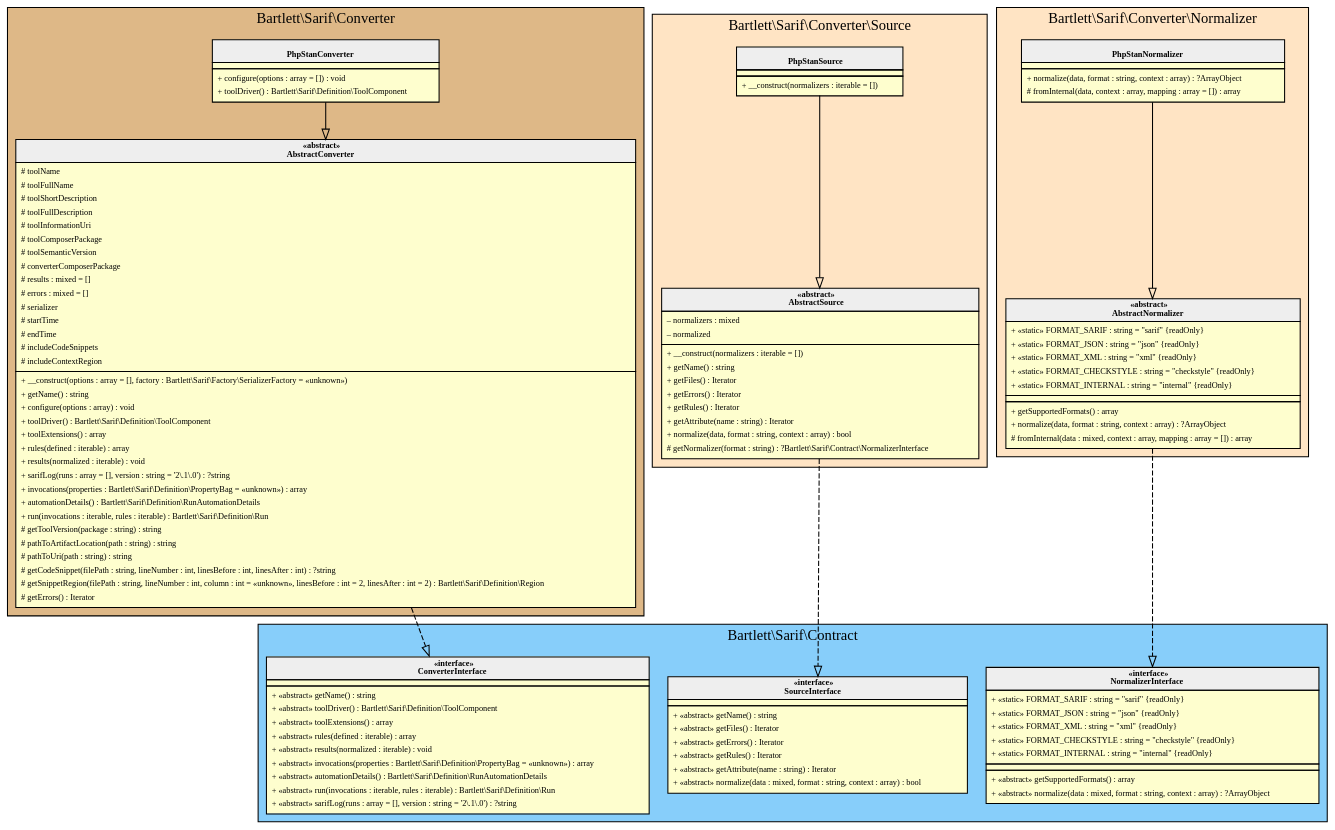
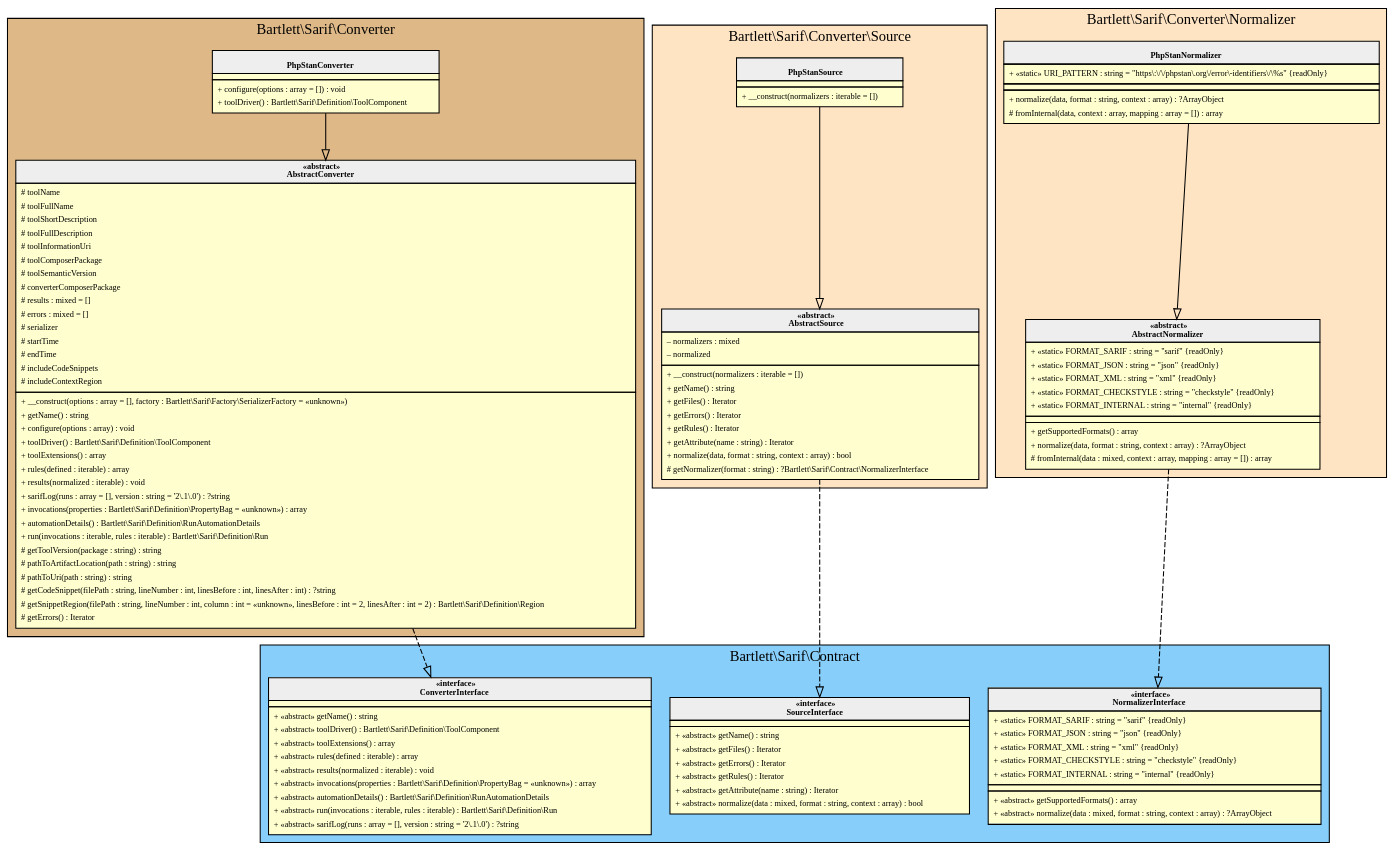
The diagram in 1.0/assets/images/converter-phpstan.html.gv (llaville/sarif-php-converters), drawn with Graphviz before and after one commit. The commit also changed 7 other files, not shown here.

```diff
--- a/1.0/assets/images/converter-phpstan.html.gv
+++ b/1.0/assets/images/converter-phpstan.html.gv
@@ -1,173 +1,176 @@
 digraph {
   graph [name="G" overlap="false" rankdir="TB" bgcolor="transparent"]
   node [fontname="Verdana" fontsize=8 shape="none" margin=0 fillcolor="#FEFECE" style="filled"]
   edge [fontname="Verdana" fontsize=8]
   subgraph cluster_0 {
     graph [bgcolor="BurlyWood"]
     label = "Bartlett\\Sarif\\Converter"
     "Bartlett\\Sarif\\Converter\\PhpStanConverter" [shape="none" label=<
 <table cellspacing="0" border="0" cellborder="1">
     <tr><td bgcolor="#eeeeee"><b><br/>PhpStanConverter</b></td></tr>
     <tr><td></td></tr>
     <tr><td><table border="0" cellspacing="0" cellpadding="2">
     <tr><td align="left">+ configure(options : array = []) : void</td></tr>
     <tr><td align="left">+ toolDriver() : Bartlett\\Sarif\\Definition\\ToolComponent</td></tr>
 </table></td></tr>
 </table>>]
     "Bartlett\\Sarif\\Converter\\AbstractConverter" [shape="none" label=<
 <table cellspacing="0" border="0" cellborder="1">
     <tr><td bgcolor="#eeeeee"><b>«abstract»<br/>AbstractConverter</b></td></tr>
     <tr><td><table border="0" cellspacing="0" cellpadding="2">
     <tr><td align="left"># toolName</td></tr>
     <tr><td align="left"># toolFullName</td></tr>
     <tr><td align="left"># toolShortDescription</td></tr>
     <tr><td align="left"># toolFullDescription</td></tr>
     <tr><td align="left"># toolInformationUri</td></tr>
     <tr><td align="left"># toolComposerPackage</td></tr>
     <tr><td align="left"># toolSemanticVersion</td></tr>
     <tr><td align="left"># converterComposerPackage</td></tr>
     <tr><td align="left"># results : mixed = []</td></tr>
     <tr><td align="left"># errors : mixed = []</td></tr>
     <tr><td align="left"># serializer</td></tr>
     <tr><td align="left"># startTime</td></tr>
     <tr><td align="left"># endTime</td></tr>
     <tr><td align="left"># includeCodeSnippets</td></tr>
     <tr><td align="left"># includeContextRegion</td></tr>
 </table></td></tr>
     <tr><td><table border="0" cellspacing="0" cellpadding="2">
     <tr><td align="left">+ __construct(options : array = [], factory : Bartlett\\Sarif\\Factory\\SerializerFactory = «unknown»)</td></tr>
     <tr><td align="left">+ getName() : string</td></tr>
     <tr><td align="left">+ configure(options : array) : void</td></tr>
     <tr><td align="left">+ toolDriver() : Bartlett\\Sarif\\Definition\\ToolComponent</td></tr>
     <tr><td align="left">+ toolExtensions() : array</td></tr>
     <tr><td align="left">+ rules(defined : iterable) : array</td></tr>
     <tr><td align="left">+ results(normalized : iterable) : void</td></tr>
     <tr><td align="left">+ sarifLog(runs : array = [], version : string = '2\.1\.0') : ?string</td></tr>
     <tr><td align="left">+ invocations(properties : Bartlett\\Sarif\\Definition\\PropertyBag = «unknown») : array</td></tr>
     <tr><td align="left">+ automationDetails() : Bartlett\\Sarif\\Definition\\RunAutomationDetails</td></tr>
     <tr><td align="left">+ run(invocations : iterable, rules : iterable) : Bartlett\\Sarif\\Definition\\Run</td></tr>
     <tr><td align="left"># getToolVersion(package : string) : string</td></tr>
     <tr><td align="left"># pathToArtifactLocation(path : string) : string</td></tr>
     <tr><td align="left"># pathToUri(path : string) : string</td></tr>
     <tr><td align="left"># getCodeSnippet(filePath : string, lineNumber : int, linesBefore : int, linesAfter : int) : ?string</td></tr>
     <tr><td align="left"># getSnippetRegion(filePath : string, lineNumber : int, column : int = «unknown», linesBefore : int = 2, linesAfter : int = 2) : Bartlett\\Sarif\\Definition\\Region</td></tr>
     <tr><td align="left"># getErrors() : Iterator</td></tr>
 </table></td></tr>
 </table>>]
   }
   subgraph cluster_1 {
     graph [bgcolor="LightSkyBlue"]
     label = "Bartlett\\Sarif\\Contract"
     "Bartlett\\Sarif\\Contract\\ConverterInterface" [shape="none" label=<
 <table cellspacing="0" border="0" cellborder="1">
     <tr><td bgcolor="#eeeeee"><b>«interface»<br/>ConverterInterface</b></td></tr>
     <tr><td></td></tr>
     <tr><td><table border="0" cellspacing="0" cellpadding="2">
     <tr><td align="left">+ «abstract» getName() : string</td></tr>
     <tr><td align="left">+ «abstract» toolDriver() : Bartlett\\Sarif\\Definition\\ToolComponent</td></tr>
     <tr><td align="left">+ «abstract» toolExtensions() : array</td></tr>
     <tr><td align="left">+ «abstract» rules(defined : iterable) : array</td></tr>
     <tr><td align="left">+ «abstract» results(normalized : iterable) : void</td></tr>
     <tr><td align="left">+ «abstract» invocations(properties : Bartlett\\Sarif\\Definition\\PropertyBag = «unknown») : array</td></tr>
     <tr><td align="left">+ «abstract» automationDetails() : Bartlett\\Sarif\\Definition\\RunAutomationDetails</td></tr>
     <tr><td align="left">+ «abstract» run(invocations : iterable, rules : iterable) : Bartlett\\Sarif\\Definition\\Run</td></tr>
     <tr><td align="left">+ «abstract» sarifLog(runs : array = [], version : string = '2\.1\.0') : ?string</td></tr>
 </table></td></tr>
 </table>>]
     "Bartlett\\Sarif\\Contract\\SourceInterface" [shape="none" label=<
 <table cellspacing="0" border="0" cellborder="1">
     <tr><td bgcolor="#eeeeee"><b>«interface»<br/>SourceInterface</b></td></tr>
     <tr><td></td></tr>
     <tr><td><table border="0" cellspacing="0" cellpadding="2">
     <tr><td align="left">+ «abstract» getName() : string</td></tr>
     <tr><td align="left">+ «abstract» getFiles() : Iterator</td></tr>
     <tr><td align="left">+ «abstract» getErrors() : Iterator</td></tr>
     <tr><td align="left">+ «abstract» getRules() : Iterator</td></tr>
     <tr><td align="left">+ «abstract» getAttribute(name : string) : Iterator</td></tr>
     <tr><td align="left">+ «abstract» normalize(data : mixed, format : string, context : array) : bool</td></tr>
 </table></td></tr>
 </table>>]
     "Bartlett\\Sarif\\Contract\\NormalizerInterface" [shape="none" label=<
 <table cellspacing="0" border="0" cellborder="1">
     <tr><td bgcolor="#eeeeee"><b>«interface»<br/>NormalizerInterface</b></td></tr>
     <tr><td><table border="0" cellspacing="0" cellpadding="2">
     <tr><td align="left">+ «static» FORMAT_SARIF : string = "sarif" {readOnly}</td></tr>
     <tr><td align="left">+ «static» FORMAT_JSON : string = "json" {readOnly}</td></tr>
     <tr><td align="left">+ «static» FORMAT_XML : string = "xml" {readOnly}</td></tr>
     <tr><td align="left">+ «static» FORMAT_CHECKSTYLE : string = "checkstyle" {readOnly}</td></tr>
     <tr><td align="left">+ «static» FORMAT_INTERNAL : string = "internal" {readOnly}</td></tr>
 </table></td></tr>
     <tr><td></td></tr>
     <tr><td><table border="0" cellspacing="0" cellpadding="2">
     <tr><td align="left">+ «abstract» getSupportedFormats() : array</td></tr>
     <tr><td align="left">+ «abstract» normalize(data : mixed, format : string, context : array) : ?ArrayObject</td></tr>
 </table></td></tr>
 </table>>]
   }
   subgraph cluster_2 {
     graph [bgcolor="Bisque"]
     label = "Bartlett\\Sarif\\Converter\\Source"
     "Bartlett\\Sarif\\Converter\\Source\\PhpStanSource" [shape="none" label=<
 <table cellspacing="0" border="0" cellborder="1">
     <tr><td bgcolor="#eeeeee"><b><br/>PhpStanSource</b></td></tr>
     <tr><td></td></tr>
     <tr><td><table border="0" cellspacing="0" cellpadding="2">
     <tr><td align="left">+ __construct(normalizers : iterable = [])</td></tr>
 </table></td></tr>
 </table>>]
     "Bartlett\\Sarif\\Converter\\Source\\AbstractSource" [shape="none" label=<
 <table cellspacing="0" border="0" cellborder="1">
     <tr><td bgcolor="#eeeeee"><b>«abstract»<br/>AbstractSource</b></td></tr>
     <tr><td><table border="0" cellspacing="0" cellpadding="2">
     <tr><td align="left">– normalizers : mixed</td></tr>
     <tr><td align="left">– normalized</td></tr>
 </table></td></tr>
     <tr><td><table border="0" cellspacing="0" cellpadding="2">
     <tr><td align="left">+ __construct(normalizers : iterable = [])</td></tr>
     <tr><td align="left">+ getName() : string</td></tr>
     <tr><td align="left">+ getFiles() : Iterator</td></tr>
     <tr><td align="left">+ getErrors() : Iterator</td></tr>
     <tr><td align="left">+ getRules() : Iterator</td></tr>
     <tr><td align="left">+ getAttribute(name : string) : Iterator</td></tr>
     <tr><td align="left">+ normalize(data, format : string, context : array) : bool</td></tr>
     <tr><td align="left"># getNormalizer(format : string) : ?Bartlett\\Sarif\\Contract\\NormalizerInterface</td></tr>
 </table></td></tr>
 </table>>]
   }
   subgraph cluster_3 {
     graph [bgcolor="Bisque"]
     label = "Bartlett\\Sarif\\Converter\\Normalizer"
     "Bartlett\\Sarif\\Converter\\Normalizer\\PhpStanNormalizer" [shape="none" label=<
 <table cellspacing="0" border="0" cellborder="1">
     <tr><td bgcolor="#eeeeee"><b><br/>PhpStanNormalizer</b></td></tr>
+    <tr><td><table border="0" cellspacing="0" cellpadding="2">
+    <tr><td align="left">+ «static» URI_PATTERN : string = "https\:\/\/phpstan\.org\/error\-identifiers\/\%s" {readOnly}</td></tr>
+</table></td></tr>
     <tr><td></td></tr>
     <tr><td><table border="0" cellspacing="0" cellpadding="2">
     <tr><td align="left">+ normalize(data, format : string, context : array) : ?ArrayObject</td></tr>
     <tr><td align="left"># fromInternal(data, context : array, mapping : array = []) : array</td></tr>
 </table></td></tr>
 </table>>]
     "Bartlett\\Sarif\\Converter\\Normalizer\\AbstractNormalizer" [shape="none" label=<
 <table cellspacing="0" border="0" cellborder="1">
     <tr><td bgcolor="#eeeeee"><b>«abstract»<br/>AbstractNormalizer</b></td></tr>
     <tr><td><table border="0" cellspacing="0" cellpadding="2">
     <tr><td align="left">+ «static» FORMAT_SARIF : string = "sarif" {readOnly}</td></tr>
     <tr><td align="left">+ «static» FORMAT_JSON : string = "json" {readOnly}</td></tr>
     <tr><td align="left">+ «static» FORMAT_XML : string = "xml" {readOnly}</td></tr>
     <tr><td align="left">+ «static» FORMAT_CHECKSTYLE : string = "checkstyle" {readOnly}</td></tr>
     <tr><td align="left">+ «static» FORMAT_INTERNAL : string = "internal" {readOnly}</td></tr>
 </table></td></tr>
     <tr><td></td></tr>
     <tr><td><table border="0" cellspacing="0" cellpadding="2">
     <tr><td align="left">+ getSupportedFormats() : array</td></tr>
     <tr><td align="left">+ normalize(data, format : string, context : array) : ?ArrayObject</td></tr>
     <tr><td align="left"># fromInternal(data : mixed, context : array, mapping : array = []) : array</td></tr>
 </table></td></tr>
 </table>>]
   }
   "Bartlett\\Sarif\\Converter\\AbstractConverter" -> "Bartlett\\Sarif\\Contract\\ConverterInterface" [arrowhead="empty" style="dashed"]
   "Bartlett\\Sarif\\Converter\\PhpStanConverter" -> "Bartlett\\Sarif\\Converter\\AbstractConverter" [arrowhead="empty" style="filled"]
   "Bartlett\\Sarif\\Converter\\Source\\AbstractSource" -> "Bartlett\\Sarif\\Contract\\SourceInterface" [arrowhead="empty" style="dashed"]
   "Bartlett\\Sarif\\Converter\\Source\\PhpStanSource" -> "Bartlett\\Sarif\\Converter\\Source\\AbstractSource" [arrowhead="empty" style="filled"]
   "Bartlett\\Sarif\\Converter\\Normalizer\\AbstractNormalizer" -> "Bartlett\\Sarif\\Contract\\NormalizerInterface" [arrowhead="empty" style="dashed"]
   "Bartlett\\Sarif\\Converter\\Normalizer\\PhpStanNormalizer" -> "Bartlett\\Sarif\\Converter\\Normalizer\\AbstractNormalizer" [arrowhead="empty" style="filled"]
 }
```
